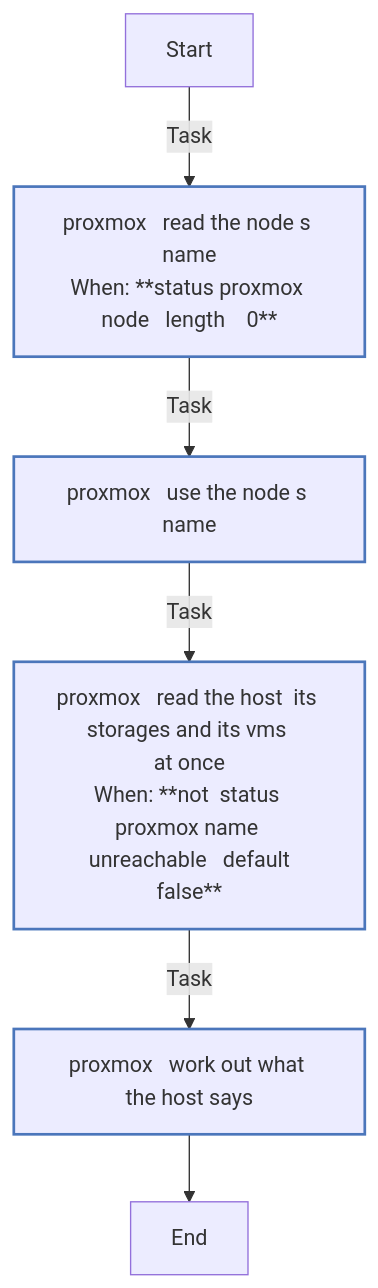
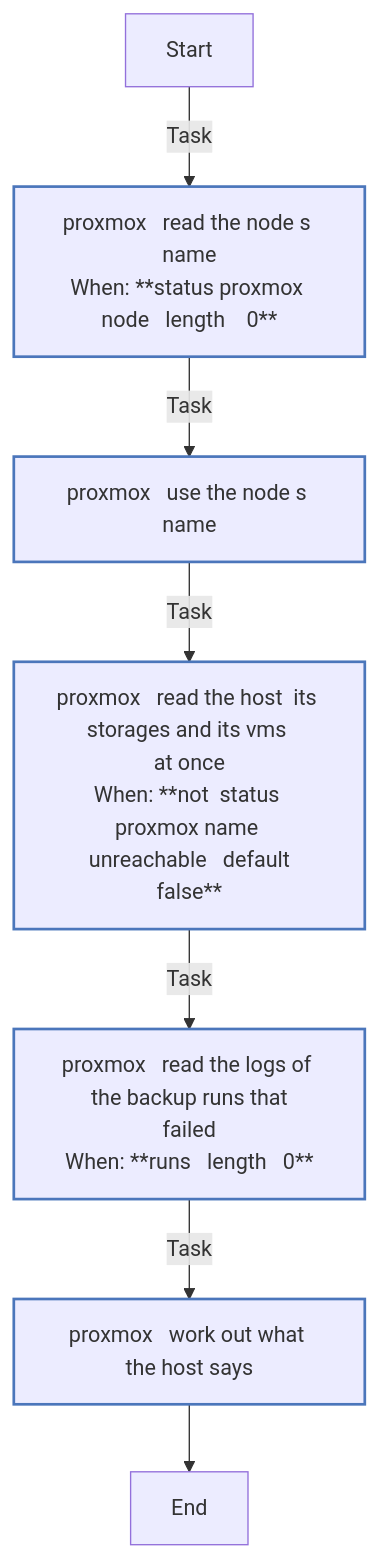
The third of 4 diagrams in roles/status/REFERENCE.md (kawadeomkar/homeserver), drawn with Mermaid before and after one commit. The commit also changed other lines of this file and 20 other files, not shown here.

````diff
--- a/roles/status/REFERENCE.md
+++ b/roles/status/REFERENCE.md
@@ -655,18 +680,19 @@
 ```mermaid
 flowchart TD
 Start
 classDef block stroke:#3498db,stroke-width:2px;
 classDef task stroke:#4b76bb,stroke-width:2px;
 classDef includeTasks stroke:#16a085,stroke-width:2px;
 classDef importTasks stroke:#34495e,stroke-width:2px;
 classDef includeRole stroke:#2980b9,stroke-width:2px;
 classDef importRole stroke:#699ba7,stroke-width:2px;
 classDef includeVars stroke:#8e44ad,stroke-width:2px;
 classDef rescue stroke:#665352,stroke-width:2px;
 
   Start-->|Task| proxmox___Read_the_node_s_name0[proxmox   read the node s name<br>When: **status proxmox node   length    0**]:::task
   proxmox___Read_the_node_s_name0-->|Task| proxmox___Use_the_node_s_name1[proxmox   use the node s name]:::task
   proxmox___Use_the_node_s_name1-->|Task| proxmox___Read_the_host__its_storages_and_its_VMs__at_once2[proxmox   read the host  its storages and its vms <br>at once<br>When: **not  status proxmox name unreachable   default<br>false**]:::task
-  proxmox___Read_the_host__its_storages_and_its_VMs__at_once2-->|Task| proxmox___Work_out_what_the_host_says3[proxmox   work out what the host says]:::task
-  proxmox___Work_out_what_the_host_says3-->End
+  proxmox___Read_the_host__its_storages_and_its_VMs__at_once2-->|Task| proxmox___Read_the_logs_of_the_backup_runs_that_failed3[proxmox   read the logs of the backup runs that<br>failed<br>When: **runs   length   0**]:::task
+  proxmox___Read_the_logs_of_the_backup_runs_that_failed3-->|Task| proxmox___Work_out_what_the_host_says4[proxmox   work out what the host says]:::task
+  proxmox___Work_out_what_the_host_says4-->End
 ```
````
